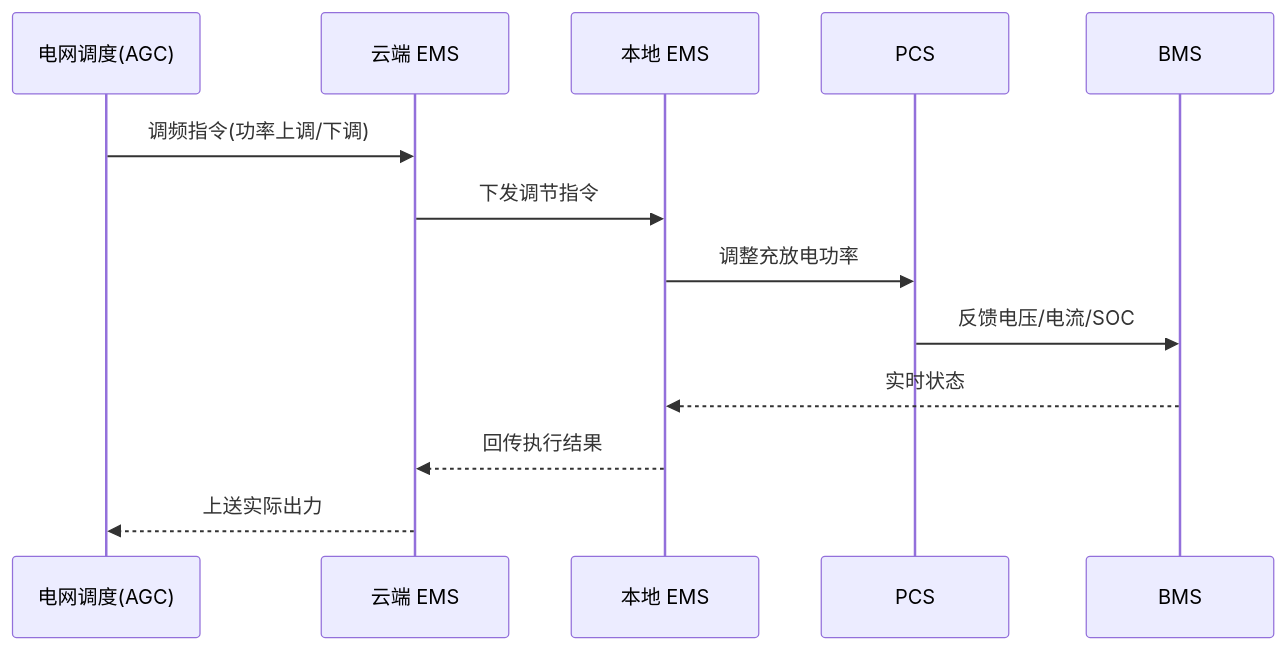
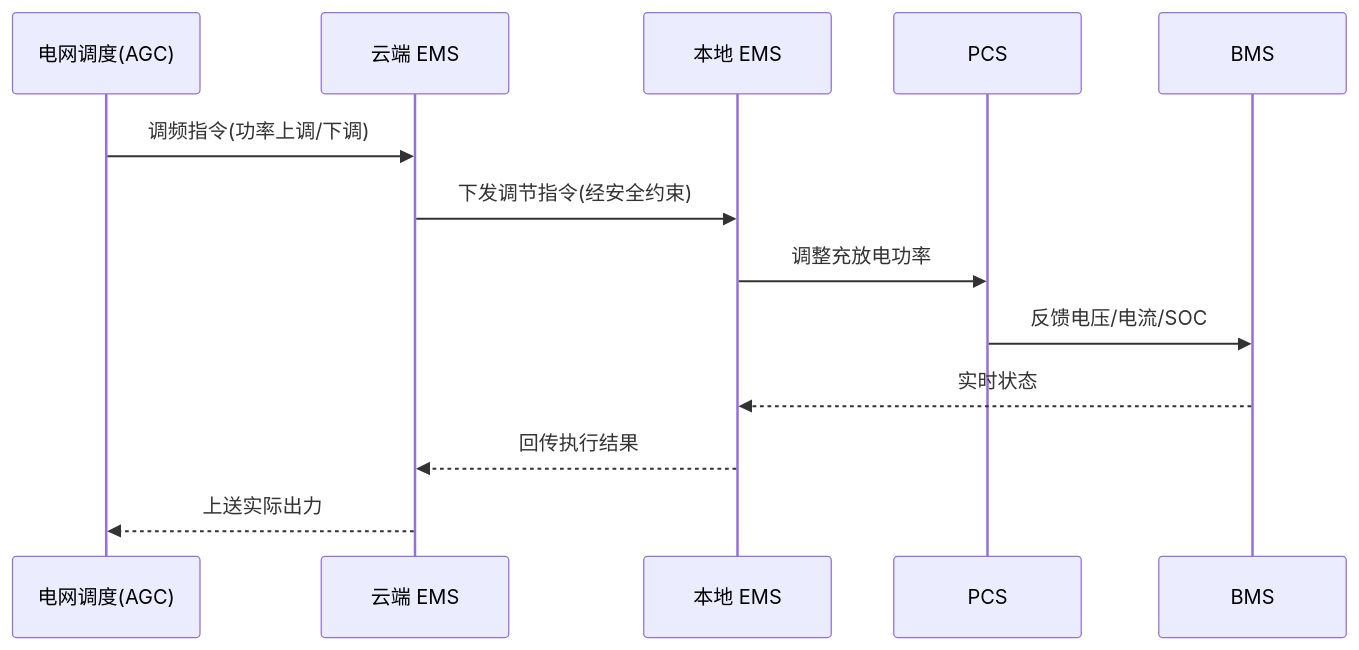
One commit to tghrxxxyyy/knowledge-base changed the third of 4 diagrams in 业务模型/储能业务模型.md. Above: the diagram before and after it, drawn with Mermaid. The commit also changed other lines of this file and 1 other file, not shown here.

````diff
--- a/业务模型/储能业务模型.md
+++ b/业务模型/储能业务模型.md
@@ -85,15 +326,15 @@
 ```mermaid
 sequenceDiagram
     participant G as 电网调度(AGC)
     participant C as 云端 EMS
     participant L as 本地 EMS
     participant P as PCS
     participant B as BMS
     G->>C: 调频指令(功率上调/下调)
-    C->>L: 下发调节指令
+    C->>L: 下发调节指令(经安全约束)
     L->>P: 调整充放电功率
     P->>B: 反馈电压/电流/SOC
     B-->>L: 实时状态
     L-->>C: 回传执行结果
     C-->>G: 上送实际出力
 ```
````
